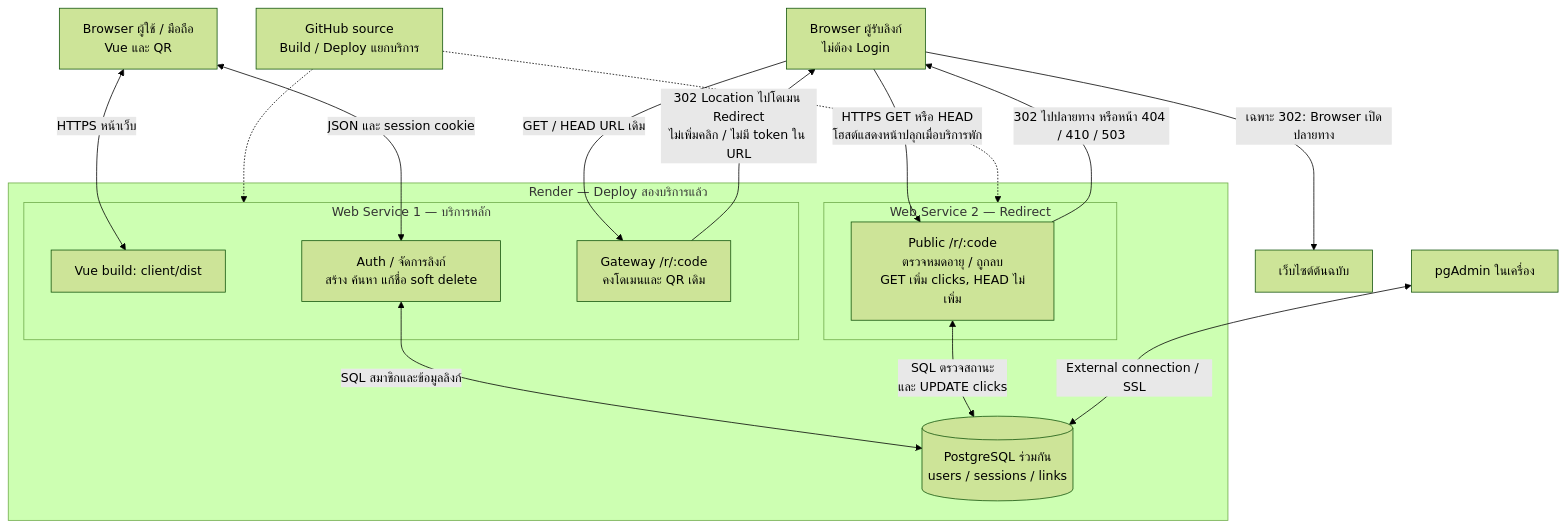
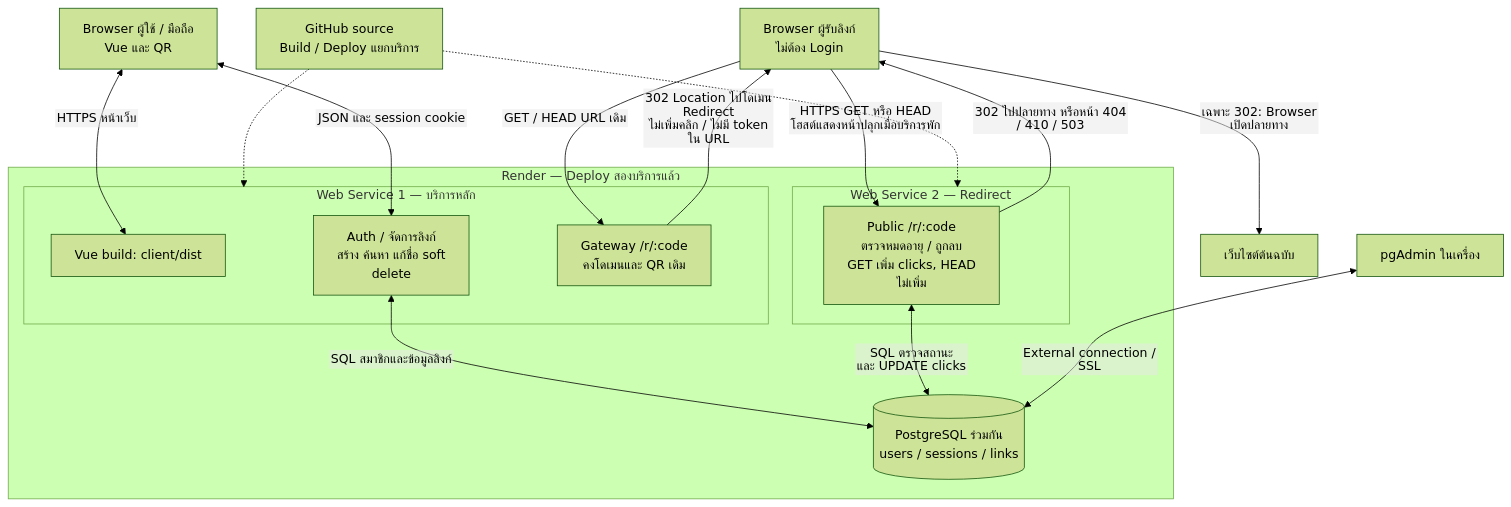
One commit to Nawaphon05/Short-Url changed the diagram in docs/ARCHITECTURE.md. Above: the diagram before and after it, drawn with Mermaid (forest theme). The commit also changed 1 other file, not shown here.

Commit message:
แก้ข้อความถูกตัดในแผนภาพ DFD และ Architecture

````diff
--- a/docs/ARCHITECTURE.md
+++ b/docs/ARCHITECTURE.md
@@ -9,31 +9,32 @@
 ```mermaid
+%%{init: {"flowchart": {"htmlLabels": false}}}%%
 flowchart TB
     B["Browser ผู้ใช้ / มือถือ<br/>Vue และ QR"]
     V["Browser ผู้รับลิงก์<br/>ไม่ต้อง Login"]
     Git["GitHub source<br/>Build / Deploy แยกบริการ"]
     subgraph Hosting["Render — Deploy สองบริการแล้ว"]
         subgraph Core["Web Service 1 — บริการหลัก"]
             UI["Vue build: client/dist"]
-            API["Auth / จัดการลิงก์<br/>สร้าง ค้นหา แก้ชื่อ soft delete"]
+            API["Auth / จัดการลิงก์<br/>สร้าง ค้นหา แก้ชื่อ soft<br/>delete"]
             Gateway["Gateway /r/:code<br/>คงโดเมนและ QR เดิม"]
         end
         subgraph Service["Web Service 2 — Redirect"]
-            Resolve["Public /r/:code<br/>ตรวจหมดอายุ / ถูกลบ<br/>GET เพิ่ม clicks, HEAD ไม่เพิ่ม"]
+            Resolve["Public /r/:code<br/>ตรวจหมดอายุ / ถูกลบ<br/>GET เพิ่ม clicks, HEAD<br/>ไม่เพิ่ม"]
         end
         DB[("PostgreSQL ร่วมกัน<br/>users / sessions / links")]
     end
     Target["เว็บไซต์ต้นฉบับ"]
     Admin["pgAdmin ในเครื่อง"]
     Git -.-> Core
     Git -.-> Service
     B <-->|"HTTPS หน้าเว็บ"| UI
     B <-->|"JSON และ session cookie"| API
     API <-->|"SQL สมาชิกและข้อมูลลิงก์"| DB
     V -->|"GET / HEAD URL เดิม"| Gateway
-    Gateway -->|"302 Location ไปโดเมน Redirect<br/>ไม่เพิ่มคลิก / ไม่มี token ใน URL"| V
+    Gateway -->|"302 Location ไปโดเมน<br/>Redirect<br/>ไม่เพิ่มคลิก / ไม่มี token<br/>ใน URL"| V
     V -->|"HTTPS GET หรือ HEAD<br/>โฮสต์แสดงหน้าปลุกเมื่อบริการพัก"| Resolve
-    Resolve -->|"302 ไปปลายทาง หรือหน้า 404 / 410 / 503"| V
+    Resolve -->|"302 ไปปลายทาง หรือหน้า 404<br/>/ 410 / 503"| V
     Resolve <-->|"SQL ตรวจสถานะ<br/>และ UPDATE clicks"| DB
-    V -->|"เฉพาะ 302: Browser เปิดปลายทาง"| Target
+    V -->|"เฉพาะ 302: Browser<br/>เปิดปลายทาง"| Target
     Admin <-->|"External connection / SSL"| DB
 ```
````
